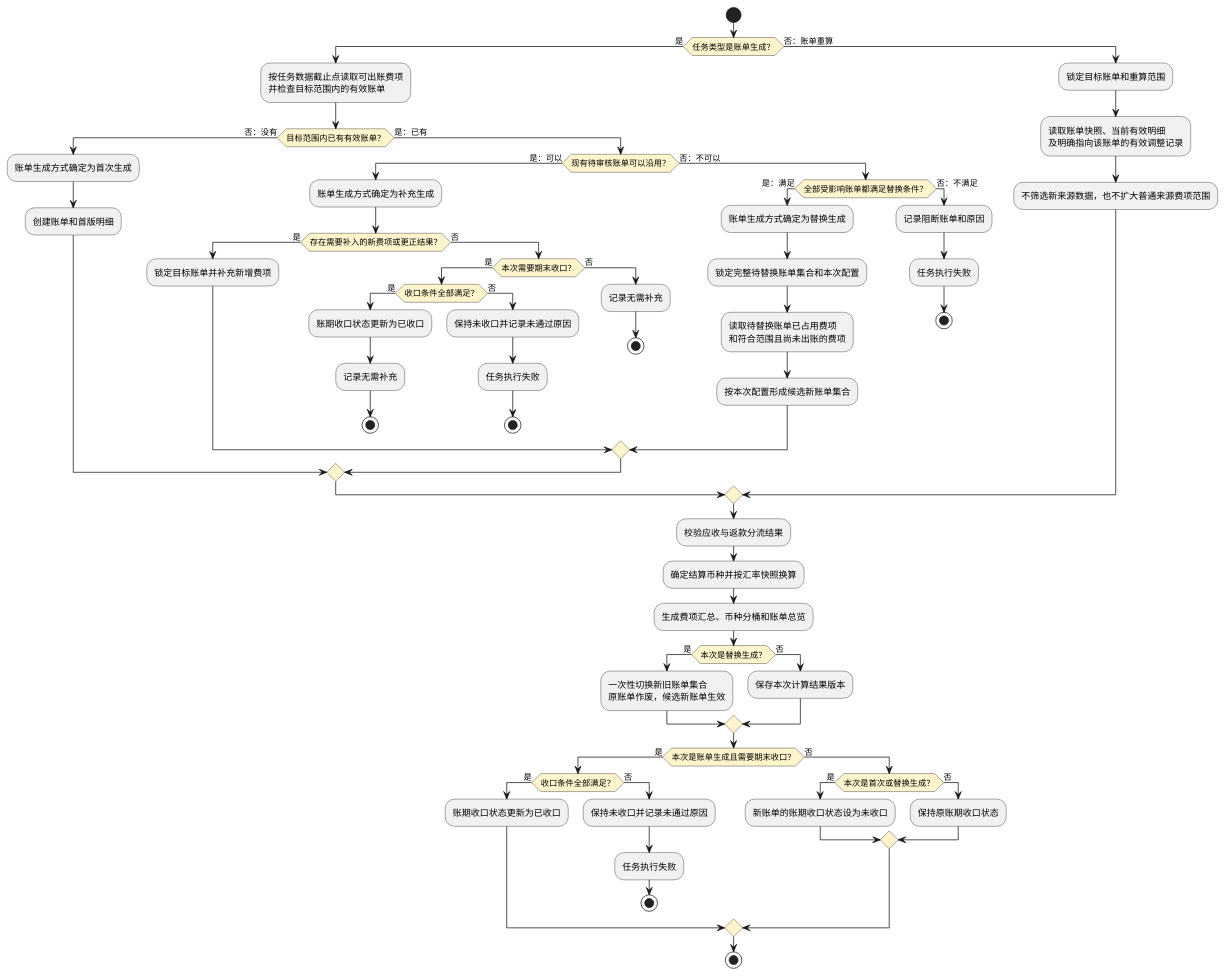
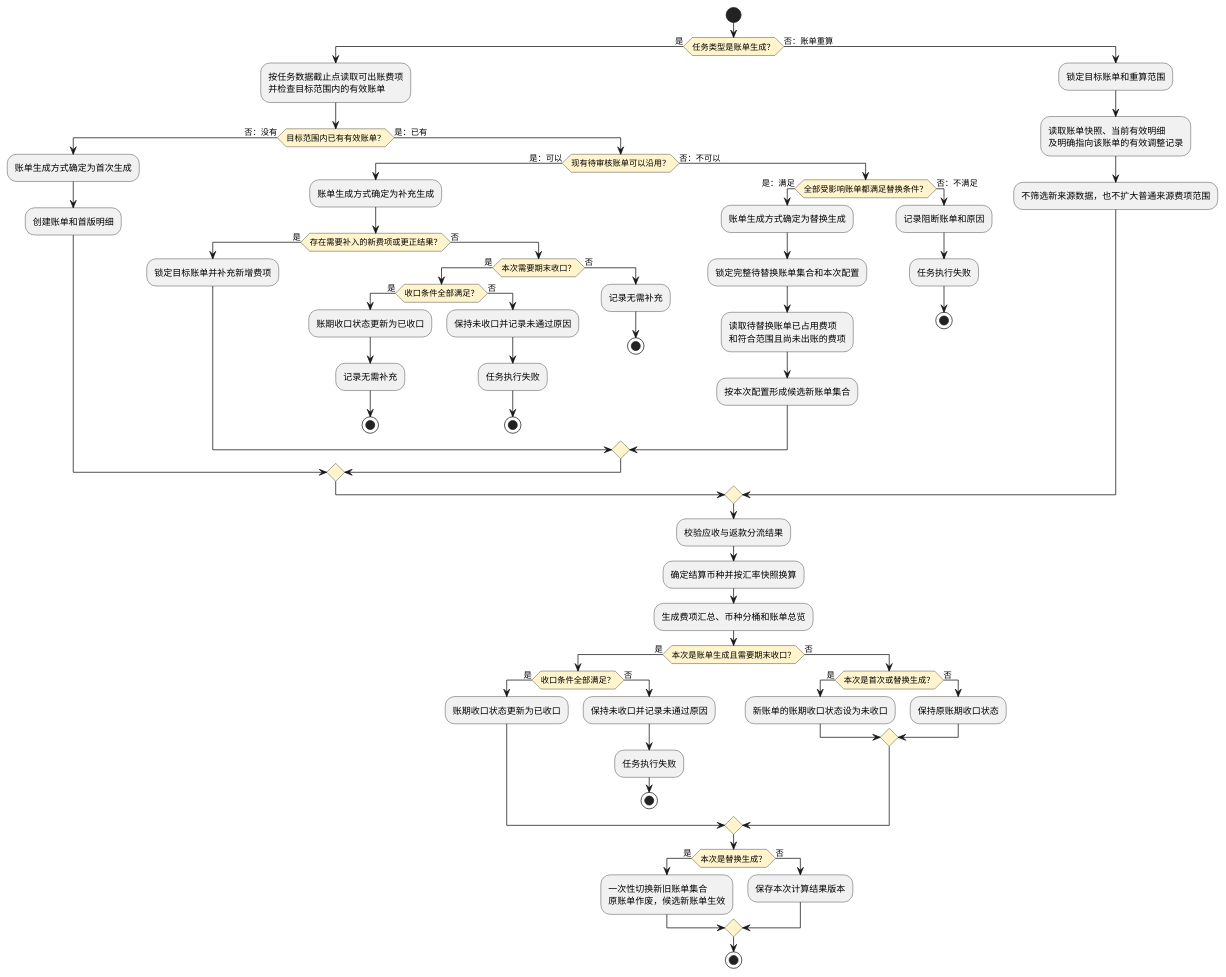
Before and after one commit to jack888332/projects-doc: the diagram in product-caliber/bms/prd/账单系统/PRD.账单系统.第010篇.账单生成重算与变更分流.4CA3C606DB.md, drawn with PlantUML. The commit also changed other lines of this file and 22 other files, not shown here.

````diff
--- a/product-caliber/bms/prd/账单系统/PRD.账单系统.第010篇.账单生成重算与变更分流.4CA3C606DB.md
+++ b/product-caliber/bms/prd/账单系统/PRD.账单系统.第010篇.账单生成重算与变更分流.4CA3C606DB.md
@@ -30,76 +30,76 @@
 ```plantuml
 @startuml
 skinparam activityDiamondBackgroundColor #FFF4CC
 
 start
 if (任务类型是账单生成？) then (是)
   :按任务数据截止点读取可出账费项\n并检查目标范围内的有效账单;
   if (目标范围内已有有效账单？) then (否：没有)
     :账单生成方式确定为首次生成;
     :创建账单和首版明细;
   else (是：已有)
     if (现有待审核账单可以沿用？) then (是：可以)
       :账单生成方式确定为补充生成;
       if (存在需要补入的新费项或更正结果？) then (是)
         :锁定目标账单并补充新增费项;
       else (否)
         if (本次需要期末收口？) then (是)
           if (收口条件全部满足？) then (是)
             :账期收口状态更新为已收口;
             :记录无需补充;
             stop
           else (否)
             :保持未收口并记录未通过原因;
             :任务执行失败;
             stop
           endif
         else (否)
           :记录无需补充;
           stop
         endif
       endif
     else (否：不可以)
       if (全部受影响账单都满足替换条件？) then (是：满足)
         :账单生成方式确定为替换生成;
         :锁定完整待替换账单集合和本次配置;
         :读取待替换账单已占用费项\n和符合范围且尚未出账的费项;
         :按本次配置形成候选新账单集合;
       else (否：不满足)
         :记录阻断账单和原因;
         :任务执行失败;
         stop
       endif
     endif
   endif
 else (否：账单重算)
   :锁定目标账单和重算范围;
   :读取账单快照、当前有效明细\n及明确指向该账单的有效调整记录;
   :不筛选新来源数据，也不扩大普通来源费项范围;
 endif
 
 :校验应收与返款分流结果;
 :确定结算币种并按汇率快照换算;
 :生成费项汇总、币种分桶和账单总览;
-if (本次是替换生成？) then (是)
-  :一次性切换新旧账单集合\n原账单作废，候选新账单生效;
-else (否)
-  :保存本次计算结果版本;
-endif
 if (本次是账单生成且需要期末收口？) then (是)
   if (收口条件全部满足？) then (是)
     :账期收口状态更新为已收口;
   else (否)
     :保持未收口并记录未通过原因;
     :任务执行失败;
     stop
   endif
 else (否)
   if (本次是首次或替换生成？) then (是)
     :新账单的账期收口状态设为未收口;
   else (否)
     :保持原账期收口状态;
   endif
 endif
+if (本次是替换生成？) then (是)
+  :一次性切换新旧账单集合\n原账单作废，候选新账单生效;
+else (否)
+  :保存本次计算结果版本;
+endif
 stop
 @enduml
 ```
````
